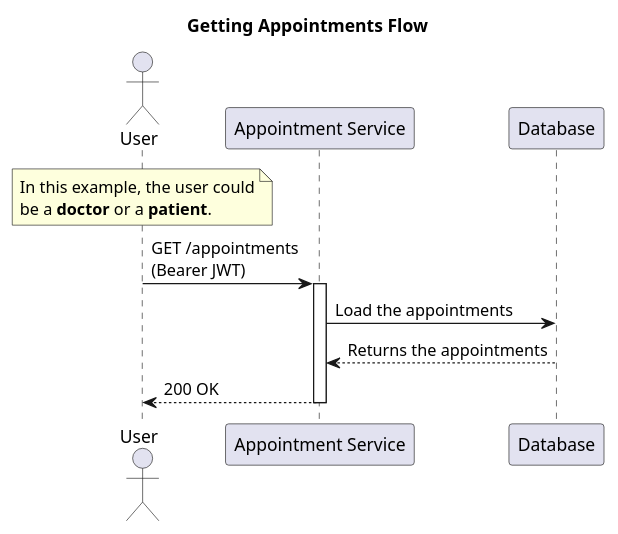
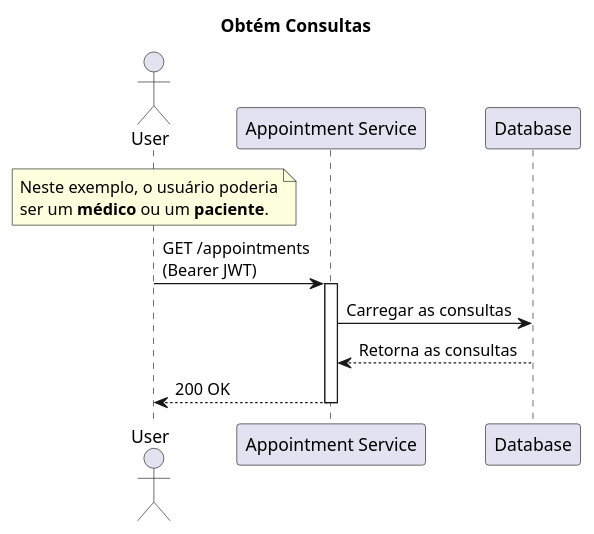
Before and after one commit to jfelipearaujo-healthmed/appointment-service: the diagram in docs/get_appointments.puml, drawn with PlantUML. The commit also changed 20 other files, not shown here.

```diff
--- a/docs/get_appointments.puml
+++ b/docs/get_appointments.puml
@@ -1,23 +1,23 @@
 @startuml get_appointments
 
-title Getting Appointments Flow
+title Obtém Consultas
 
 actor "User" as user
 participant "Appointment Service" as appointment_service
 participant "Database" as database
 
 note over user
-In this example, the user could
-be a **doctor** or a **patient**.
+Neste exemplo, o usuário poderia
+ser um **médico** ou um **paciente**.
 end note
 
 user -> appointment_service: GET /appointments\n(Bearer JWT)
 
 activate appointment_service
-appointment_service -> database: Load the appointments
-database --> appointment_service: Returns the appointments
+appointment_service -> database: Carregar as consultas
+database --> appointment_service: Retorna as consultas
 appointment_service --> user: 200 OK
 deactivate appointment_service
 
 
 @enduml
```
